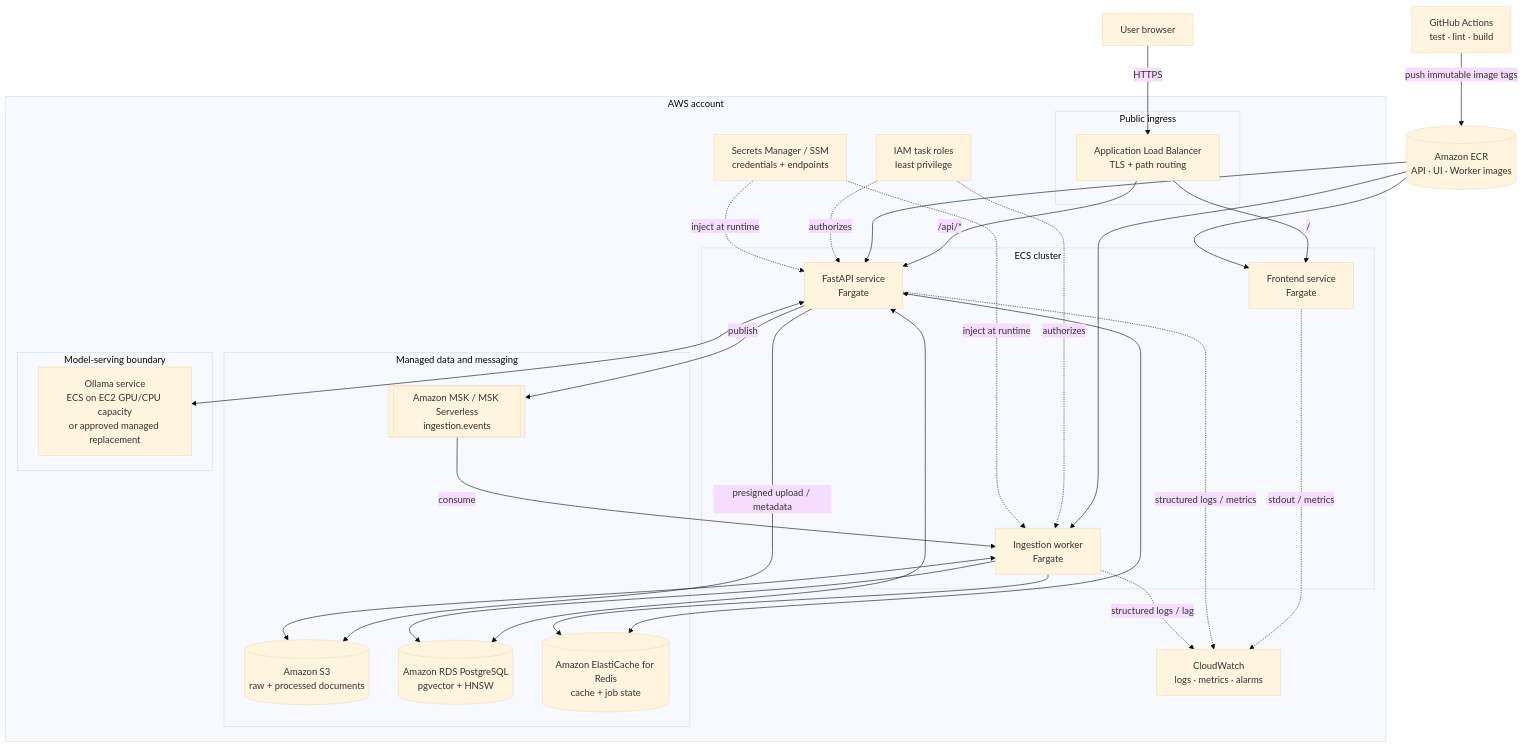
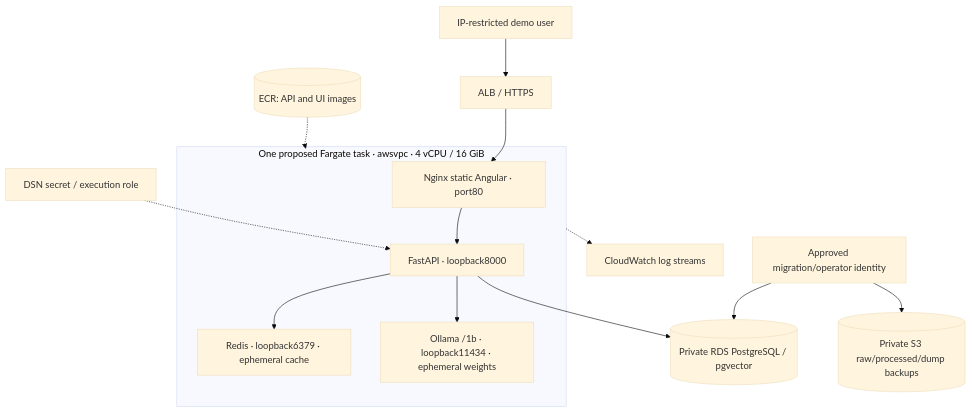
One commit to sreecharanreddymadireddy/chunkforge changed the diagram in docs/architecture/aws-deployment.md. Above: the diagram before and after it, drawn with Mermaid (base theme). The commit also changed other lines of this file and 20 other files, not shown here.

````diff
--- a/docs/architecture/aws-deployment.md
+++ b/docs/architecture/aws-deployment.md
@@ -6,61 +7,16 @@
 ```mermaid
 flowchart TB
-    USER["User browser"]
-    GH["GitHub Actions<br/>test · lint · build"]
-    ECR[("Amazon ECR<br/>API · UI · Worker images")]
-
-    subgraph AWS["AWS account"]
-        subgraph EDGE["Public ingress"]
-            ALB["Application Load Balancer<br/>TLS + path routing"]
-        end
-
-        subgraph ECS["ECS cluster"]
-            UI["Frontend service<br/>Fargate"]
-            API["FastAPI service<br/>Fargate"]
-            WORKER["Ingestion worker<br/>Fargate"]
-        end
-
-        subgraph MANAGED["Managed data and messaging"]
-            S3[("Amazon S3<br/>raw + processed documents")]
-            RDS[("Amazon RDS PostgreSQL<br/>pgvector + HNSW")]
-            CACHE[("Amazon ElastiCache for Redis<br/>cache + job state")]
-            MSK[["Amazon MSK / MSK Serverless<br/>ingestion.events"]]
-        end
-
-        subgraph MODEL["Model-serving boundary"]
-            OLLAMA["Ollama service<br/>ECS on EC2 GPU/CPU capacity<br/>or approved managed replacement"]
-        end
-
-        IAM["IAM task roles<br/>least privilege"]
-        CW["CloudWatch<br/>logs · metrics · alarms"]
-        SECRETS["Secrets Manager / SSM<br/>credentials + endpoints"]
+    USER["IP-restricted demo user"] --> ALB["ALB / HTTPS"]
+    ECR[("ECR: API and UI images")] -.-> TASK
+    subgraph TASK["One proposed Fargate task · awsvpc · 4 vCPU / 16 GiB"]
+        UI["Nginx static Angular · port80"] --> API["FastAPI · loopback8000"]
+        API --> REDIS["Redis · loopback6379 · ephemeral cache"]
+        API --> OLLAMA["Ollama /1b · loopback11434 · ephemeral weights"]
     end
-
-    USER --> |"HTTPS"| ALB
-    ALB --> |"/"| UI
-    ALB --> |"/api/*"| API
-
-    API <--> CACHE
-    API <--> RDS
-    API <--> OLLAMA
-    API --> |"publish"| MSK
-    API --> |"presigned upload / metadata"| S3
-
-    MSK --> |"consume"| WORKER
-    WORKER <--> S3
-    WORKER --> RDS
-    WORKER --> CACHE
-
-    GH --> |"push immutable image tags"| ECR
-    ECR --> UI
-    ECR --> API
-    ECR --> WORKER
-
-    IAM -.-> |"authorizes"| API
-    IAM -.-> |"authorizes"| WORKER
-    SECRETS -.-> |"inject at runtime"| API
-    SECRETS -.-> |"inject at runtime"| WORKER
-    UI -.-> |"stdout / metrics"| CW
-    API -.-> |"structured logs / metrics"| CW
-    WORKER -.-> |"structured logs / lag"| CW
+    ALB --> UI
+    API --> RDS[("Private RDS PostgreSQL / pgvector")]
+    SECRET["DSN secret / execution role"] -.-> API
+    TASK -.-> LOGS["CloudWatch log streams"]
+    OPERATOR["Approved migration/operator identity"] --> S3[("Private S3 raw/processed/dump backups")]
+    OPERATOR --> RDS
 ```
````
